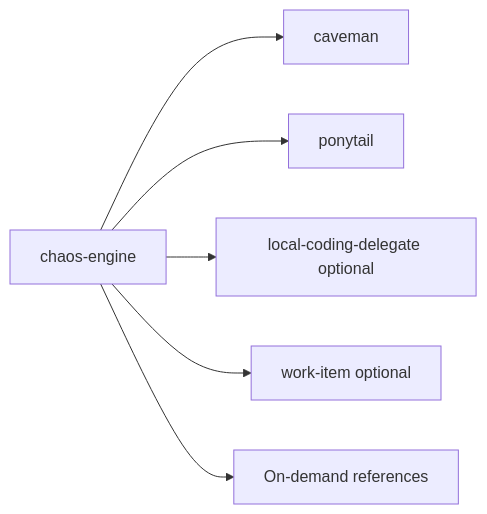
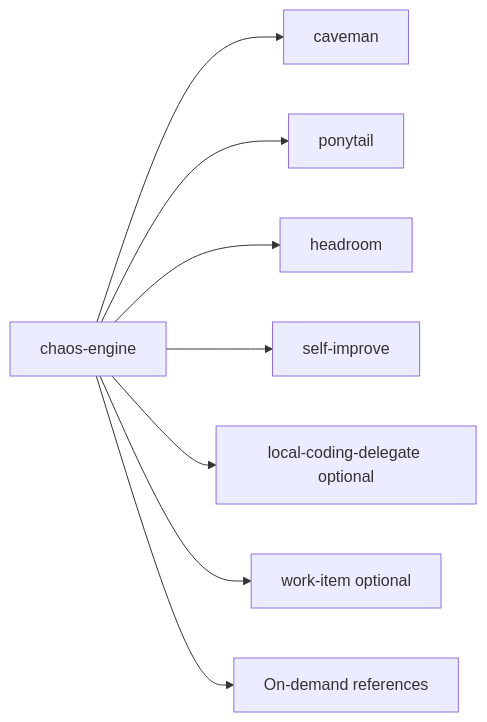
One commit to ShaftHQ/SHAFT_ENGINE changed the fifth of 13 diagrams in chaos-engine/README.md. Above: the diagram before and after it, drawn with Mermaid. The commit also changed other lines of this file and 32 other files, not shown here.

First line of the commit message:
[CE] Native Headroom (agent-90) + self-improve skill

````diff
--- a/chaos-engine/README.md
+++ b/chaos-engine/README.md
@@ -483,10 +485,12 @@
 ```mermaid
 flowchart LR
     accTitle: Skill topology
     accDescr: The canonical skill routes optional work skills and two pinned companions without duplicating policy.
     CE[chaos-engine] --> Caveman[caveman]
     CE --> Ponytail[ponytail]
+    CE --> Headroom[headroom]
+    CE --> SelfImprove[self-improve]
     CE --> Delegate[local-coding-delegate optional]
     CE --> WorkItem[work-item optional]
     CE --> Refs[On-demand references]
 ```
````
